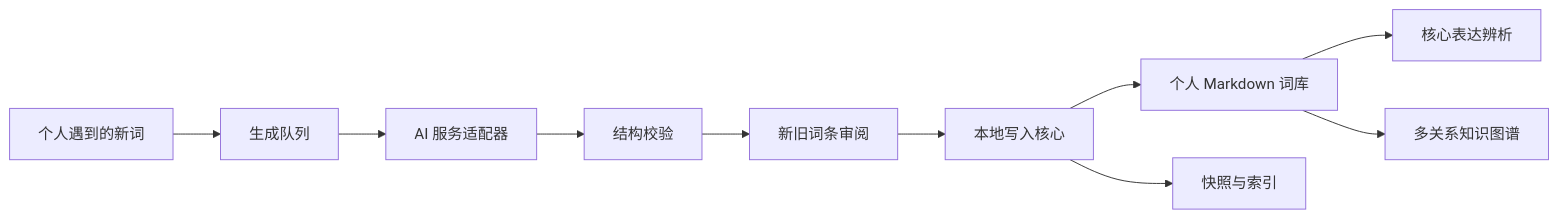
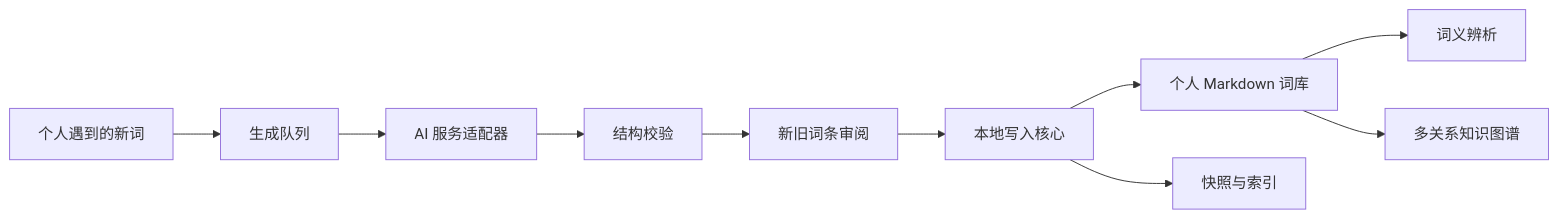
One commit to littlelaurence666/personal-dictionary-desktop changed the diagram in README.md. Above: the diagram before and after it, drawn with Mermaid. The commit also changed other lines of this file and 11 other files, not shown here.

````diff
--- a/README.md
+++ b/README.md
@@ -74,12 +101,12 @@
 ```mermaid
 flowchart LR
     A[个人遇到的新词] --> B[生成队列]
     B --> C[AI 服务适配器]
     C --> D[结构校验]
     D --> E[新旧词条审阅]
     E --> F[本地写入核心]
     F --> G[个人 Markdown 词库]
     F --> H[快照与索引]
-    G --> I[核心表达辨析]
+    G --> I[词义辨析]
     G --> J[多关系知识图谱]
 ```
````
